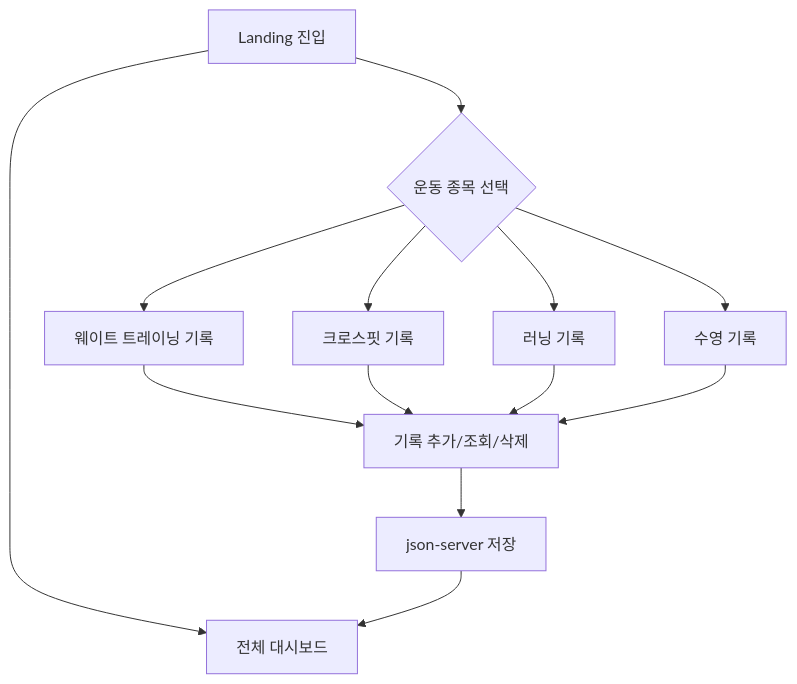
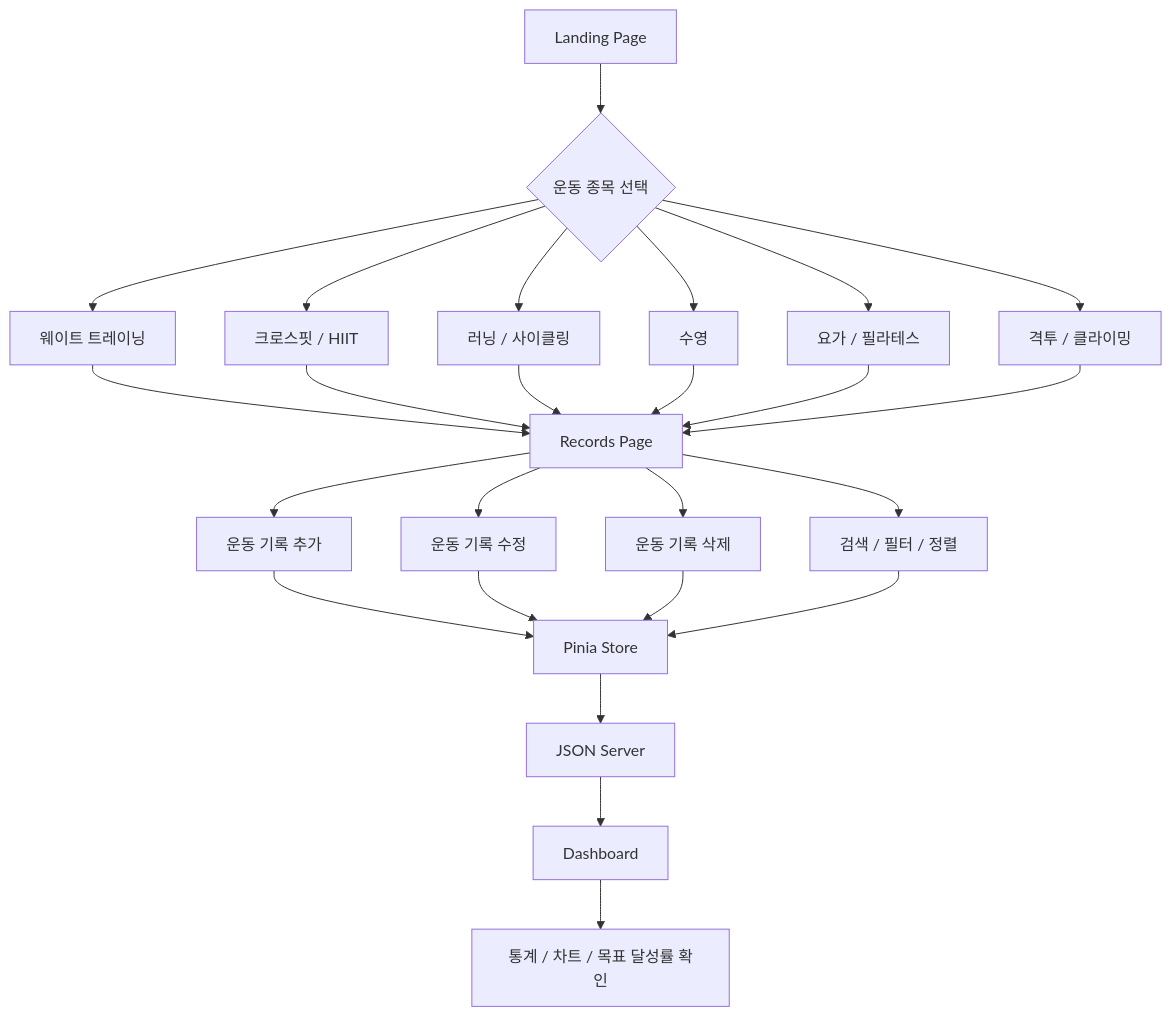
The first of 4 diagrams in README.md (mangojeong-dev/AI-lovable), drawn with Mermaid before and after one commit. The commit also changed other lines of this file and 6 other files, not shown here.

````diff
--- a/README.md
+++ b/README.md
@@ -30,15 +128,32 @@
 ```mermaid
 flowchart TD
-    A[Landing 진입] --> B{운동 종목 선택}
-    B --> C[웨이트 트레이닝 기록]
-    B --> D[크로스핏 기록]
-    B --> E[러닝 기록]
-    B --> F[수영 기록]
-    A --> G[전체 대시보드]
-    C --> H[기록 추가/조회/삭제]
-    D --> H
-    E --> H
-    F --> H
-    H --> I[json-server 저장]
-    I --> G
+    A[Landing Page] --> B{운동 종목 선택}
+
+    B --> C1[웨이트 트레이닝]
+    B --> C2[크로스핏 / HIIT]
+    B --> C3[러닝 / 사이클링]
+    B --> C4[수영]
+    B --> C5[요가 / 필라테스]
+    B --> C6[격투 / 클라이밍]
+
+    C1 --> D[Records Page]
+    C2 --> D
+    C3 --> D
+    C4 --> D
+    C5 --> D
+    C6 --> D
+
+    D --> E[운동 기록 추가]
+    D --> F[운동 기록 수정]
+    D --> G[운동 기록 삭제]
+    D --> H[검색 / 필터 / 정렬]
+
+    E --> I[Pinia Store]
+    F --> I
+    G --> I
+    H --> I
+
+    I --> J[JSON Server]
+    J --> K[Dashboard]
+    K --> L[통계 / 차트 / 목표 달성률 확인]
 ```
````
